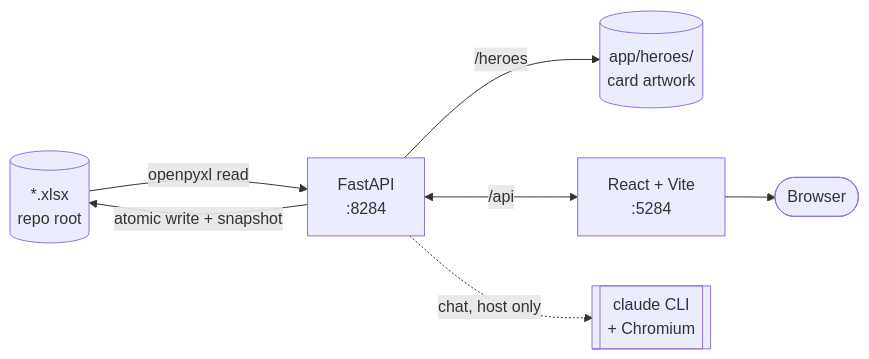
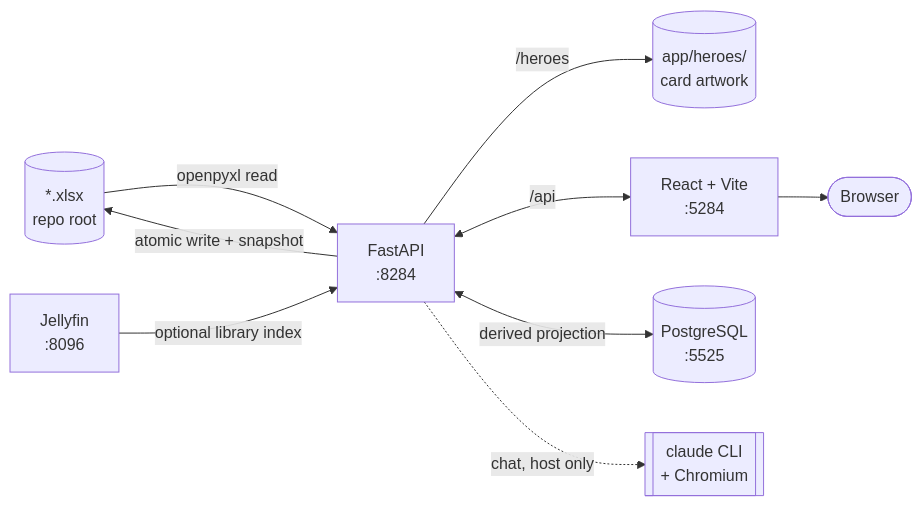
One commit to amrambouskila/watch-list changed the first of 3 diagrams in README.md. Above: the diagram before and after it, drawn with Mermaid. The commit also changed other lines of this file and 564 other files, not shown here.

````diff
--- a/README.md
+++ b/README.md
@@ -33,9 +37,11 @@
 ```mermaid
 graph LR
   X[("*.xlsx<br/>repo root")] -->|openpyxl read| B[FastAPI<br/>:8284]
   B -->|atomic write + snapshot| X
   B -->|/heroes| H[("app/heroes/<br/>card artwork")]
   B <-->|/api| F[React + Vite<br/>:5284]
+  B <-->|derived projection| PG[(PostgreSQL<br/>:5525)]
+  J[Jellyfin<br/>:8096] -->|optional library index| B
   F --> U([Browser])
   B -.->|chat, host only| C[["claude CLI<br/>+ Chromium"]]
 ```
````
